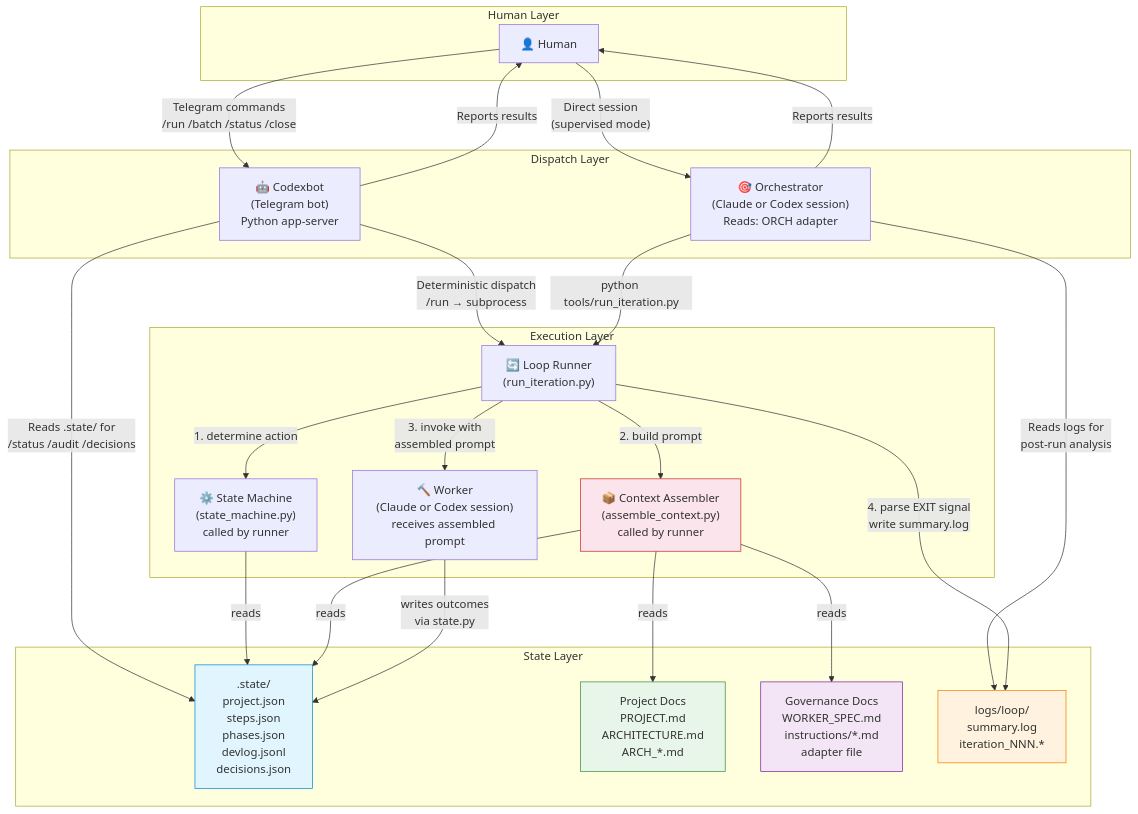
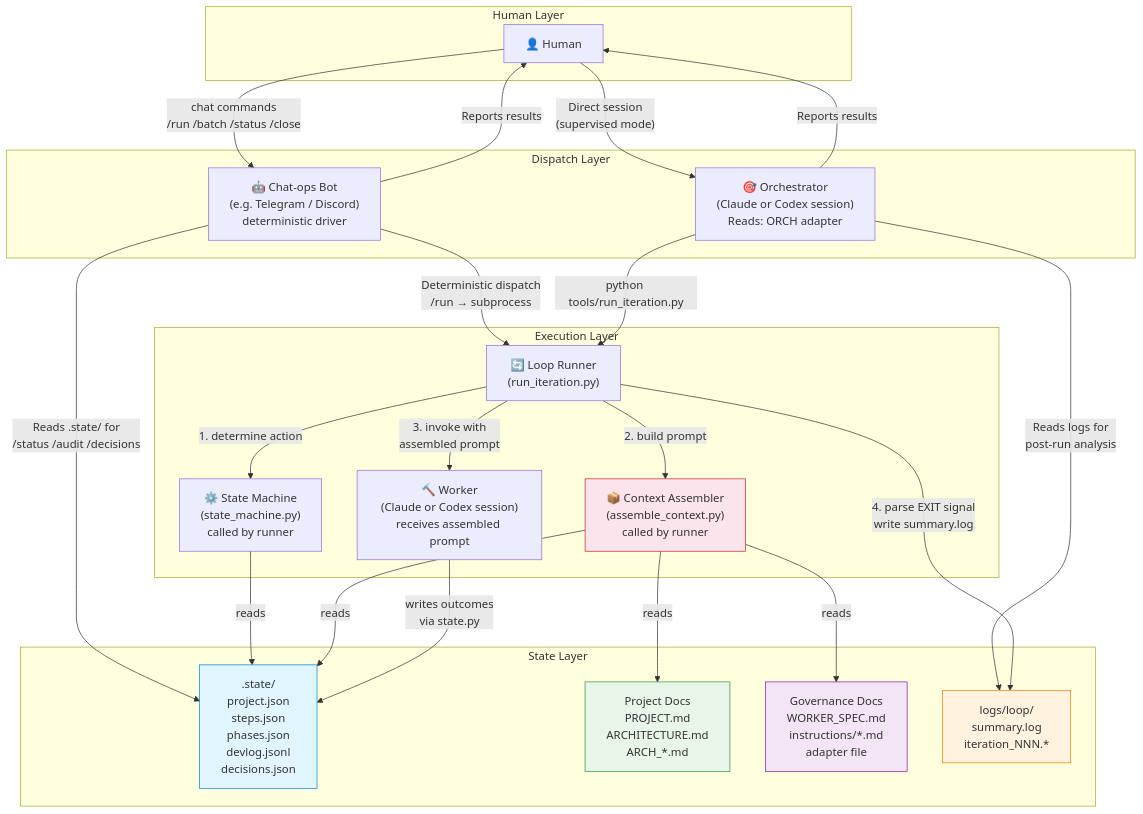
Before and after one commit to LesTP/i2c: the first of 5 diagrams in WORKFLOW.md, drawn with Mermaid. The commit also changed other lines of this file and 6 other files, not shown here.

````diff
--- a/WORKFLOW.md
+++ b/WORKFLOW.md
@@ -5,49 +5,49 @@
 ```mermaid
 graph TB
     subgraph "Human Layer"
         H["👤 Human"]
     end
 
     subgraph "Dispatch Layer"
-        CB["🤖 Codexbot<br/>(Telegram bot)<br/>Python app-server"]
+        CB["🤖 Chat-ops Bot<br/>(e.g. Telegram / Discord)<br/>deterministic driver"]
         CO["🎯 Orchestrator<br/>(Claude or Codex session)<br/>Reads: ORCH adapter"]
     end
 
     subgraph "Execution Layer"
         LR["🔄 Loop Runner<br/>(run_iteration.py)"]
         SM["⚙️ State Machine<br/>(state_machine.py)<br/>called by runner"]
         ASM["📦 Context Assembler<br/>(assemble_context.py)<br/>called by runner"]
         W["🔨 Worker<br/>(Claude or Codex session)<br/>receives assembled prompt"]
     end
 
     subgraph "State Layer"
         ST[".state/<br/>project.json<br/>steps.json<br/>phases.json<br/>devlog.jsonl<br/>decisions.json"]
         PD["Project Docs<br/>PROJECT.md<br/>ARCHITECTURE.md<br/>ARCH_*.md"]
         GOV["Governance Docs<br/>WORKER_SPEC.md<br/>instructions/*.md<br/>adapter file"]
         LOG["logs/loop/<br/>summary.log<br/>iteration_NNN.*"]
     end
 
-    H -- "Telegram commands<br/>/run /batch /status /close" --> CB
+    H -- "chat commands<br/>/run /batch /status /close" --> CB
     H -- "Direct session<br/>(supervised mode)" --> CO
     CB -- "Deterministic dispatch<br/>/run → subprocess" --> LR
     CB -- "Reads .state/ for<br/>/status /audit /decisions" --> ST
     CO -- "python tools/run_iteration.py" --> LR
     CO -- "Reads logs for<br/>post-run analysis" --> LOG
     LR -- "1. determine action" --> SM
     SM -- "reads" --> ST
     LR -- "2. build prompt" --> ASM
     ASM -- "reads" --> ST
     ASM -- "reads" --> PD
     ASM -- "reads" --> GOV
     LR -- "3. invoke with<br/>assembled prompt" --> W
     W -- "writes outcomes<br/>via state.py" --> ST
     LR -- "4. parse EXIT signal<br/>write summary.log" --> LOG
     CO -- "Reports results" --> H
     CB -- "Reports results" --> H
 
     style ST fill:#e1f5fe,stroke:#0288d1
     style GOV fill:#f3e5f5,stroke:#7b1fa2
     style PD fill:#e8f5e9,stroke:#388e3c
     style LOG fill:#fff3e0,stroke:#f57c00
     style ASM fill:#fce4ec,stroke:#c62828
 ```
````
